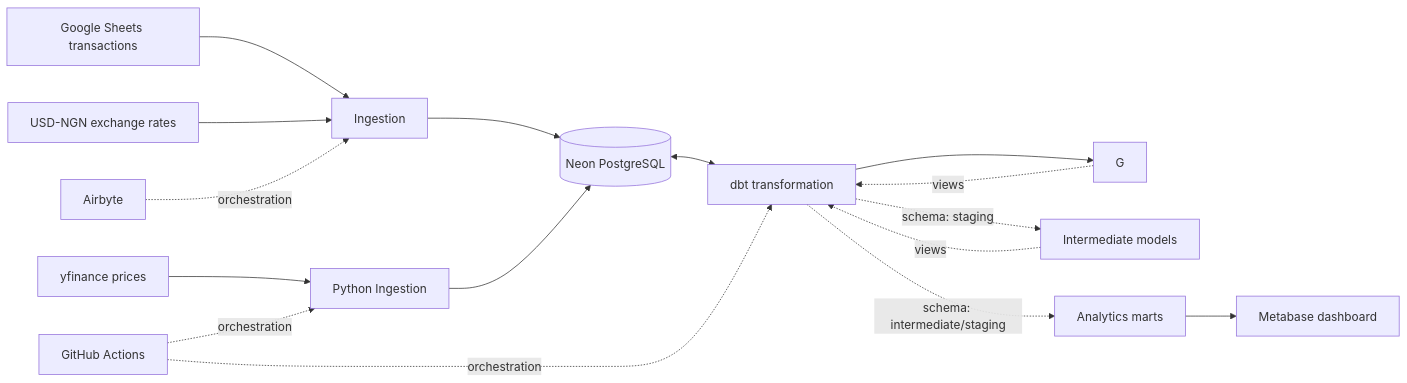
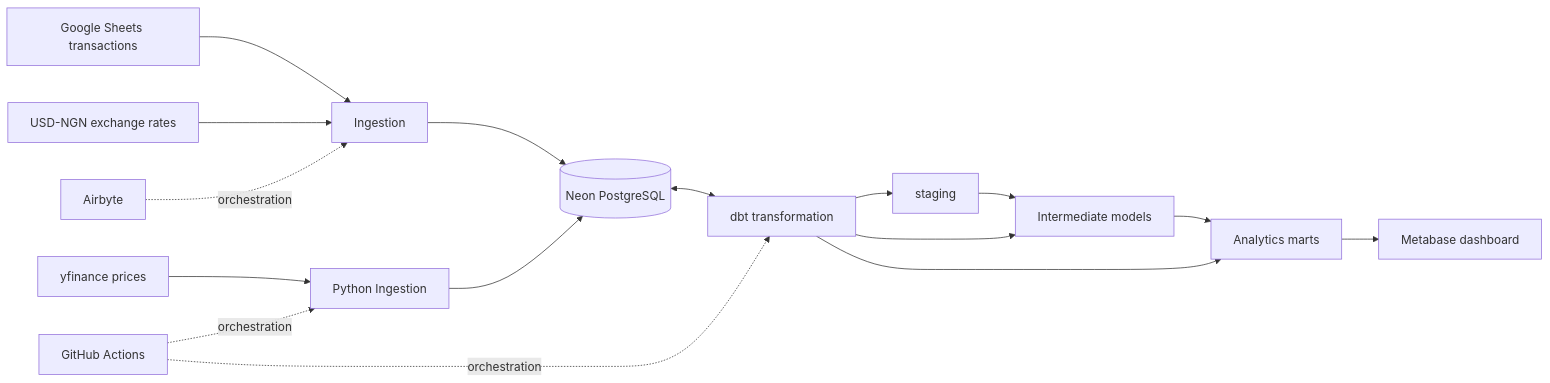
One commit to Isaac-Inyang/Portfolio-Pulse changed the diagram in README.md. Above: the diagram before and after it, drawn with Mermaid.

````diff
--- a/README.md
+++ b/README.md
@@ -22,18 +22,18 @@
 ```mermaid
 flowchart LR
  A[Google Sheets transactions] --> D[Ingestion]
  B[yfinance prices] --> E[Python Ingestion]
  C[USD-NGN exchange rates] --> D
  D --> F[(Neon PostgreSQL)]
  E --> F
  F <--> M
- M --> G
- G -. views .-> M 
- M -. schema: staging .-> H[Intermediate models]
- H -. views .-> M
- M -. schema: intermediate/staging .-> I[Analytics marts]
+ M --> G[staging]
+ G --> H[Intermediate models]
+ M --> H
+ H --> I[Analytics marts] 
+ M --> I
  I --> J[Metabase dashboard]
  K[GitHub Actions] -. orchestration .-> E
  K -. orchestration .-> M[dbt transformation]
  L[Airbyte] -. orchestration .-> D
 ```
````
